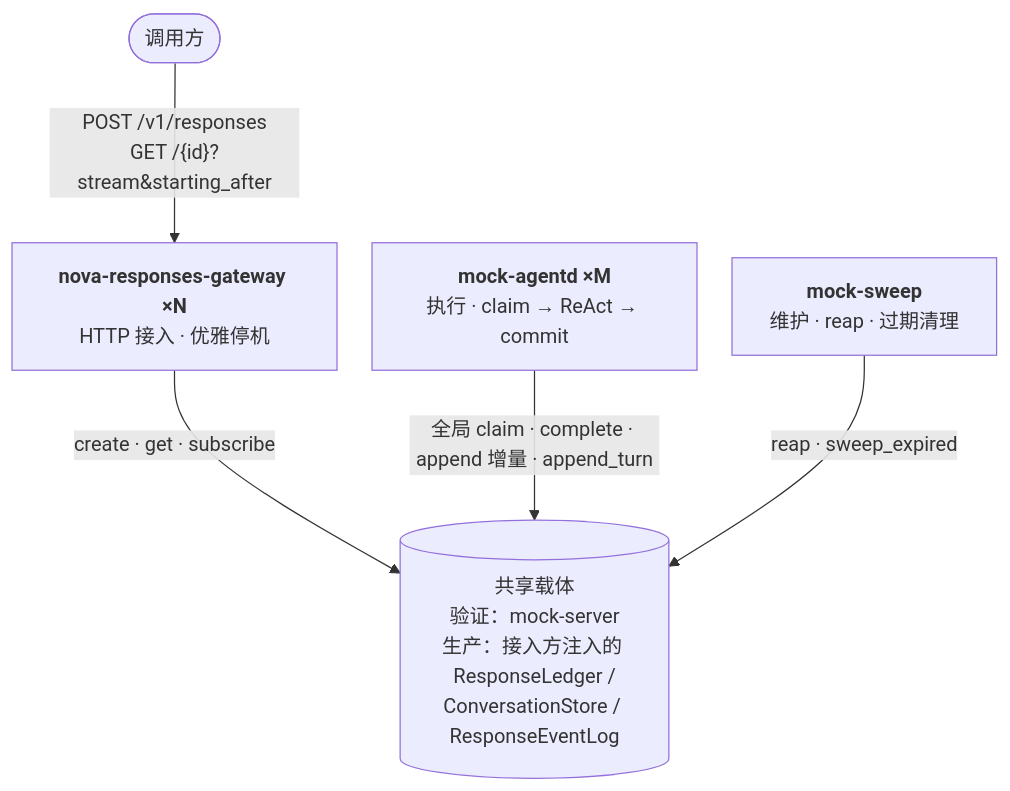
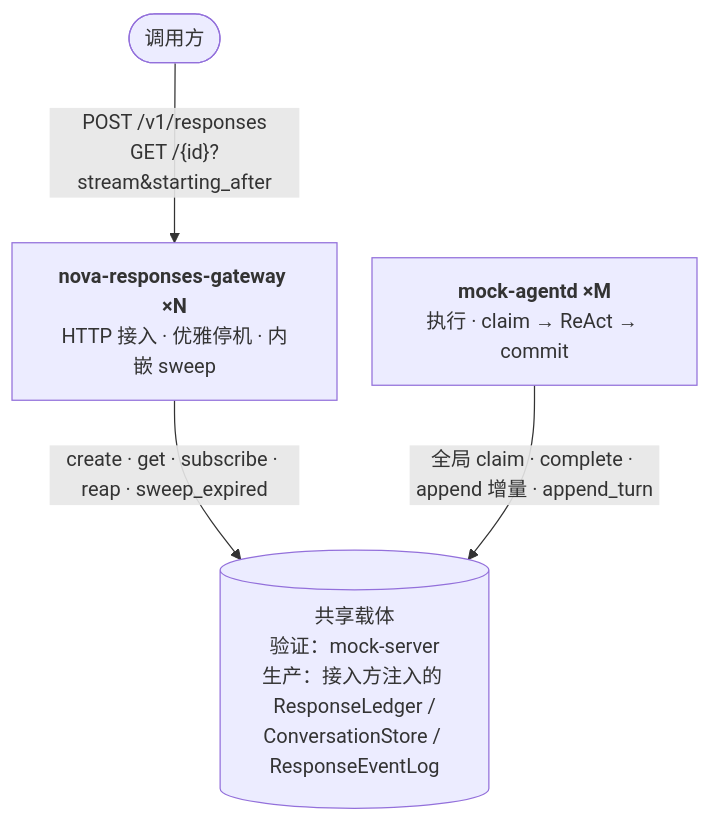
Before and after one commit to charleslyh/nova-chat: the diagram in docs/architecture/README.md, drawn with Mermaid. The commit also changed other lines of this file and 122 other files, not shown here.

````diff
--- a/docs/architecture/README.md
+++ b/docs/architecture/README.md
@@ -11,12 +11,10 @@
 ```mermaid
 %%{init: {"flowchart": {"curve": "basis", "rankSpacing": 72, "nodeSpacing": 28}}}%%
 flowchart TB
-    client(["调用方"]) -->|"POST /v1/responses<br/>GET /{id}?stream&starting_after"| gw["<b>nova-responses-gateway ×N</b><br/>HTTP 接入 · 优雅停机"]
+    client(["调用方"]) -->|"POST /v1/responses<br/>GET /{id}?stream&starting_after"| gw["<b>nova-responses-gateway ×N</b><br/>HTTP 接入 · 优雅停机 · 内嵌 sweep"]
     agentd["<b>mock-agentd ×M</b><br/>执行 · claim → ReAct → commit"]
-    sweep["<b>mock-sweep</b><br/>维护 · reap · 过期清理"]
     carrier[("共享载体<br/>验证：mock-server<br/>生产：接入方注入的 ResponseLedger /<br/>ConversationStore / ResponseEventLog")]
 
-    gw -->|"create · get · subscribe"| carrier
+    gw -->|"create · get · subscribe · reap · sweep_expired"| carrier
     agentd -->|"全局 claim · complete · append 增量 · append_turn"| carrier
-    sweep -->|"reap · sweep_expired"| carrier
 ```
````
